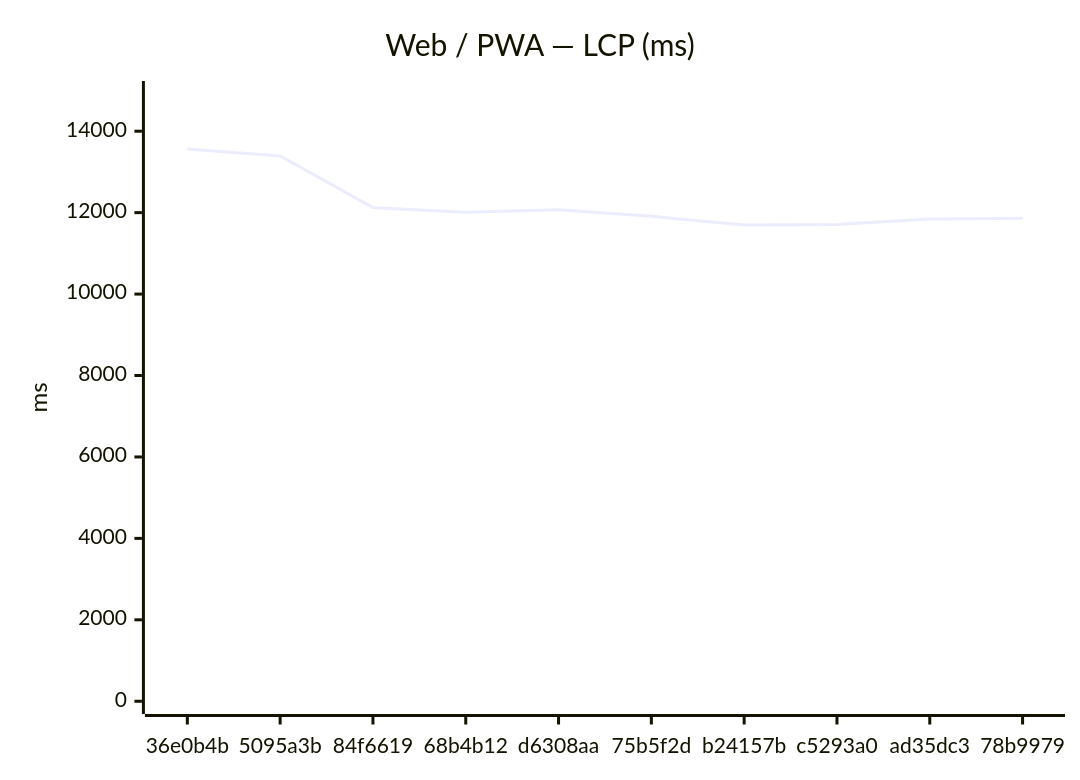
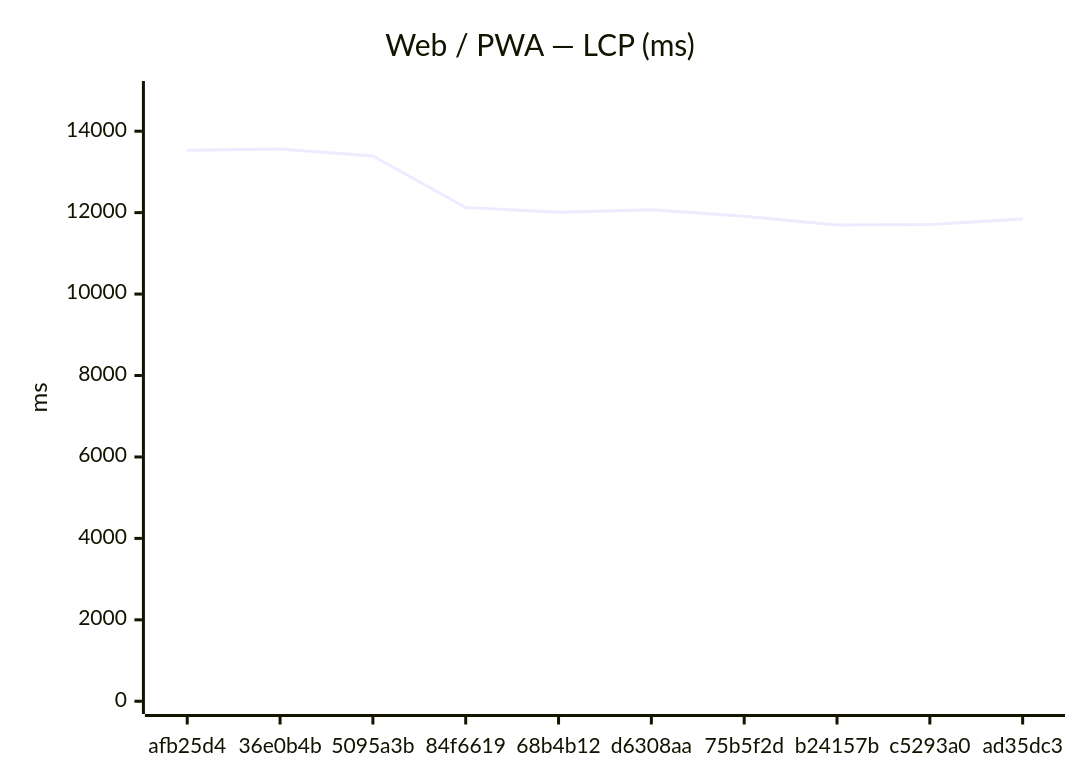
Before and after one commit to Metaheurist/Rianell: the first of 18 diagrams in benchmarks/compare.md, drawn with Mermaid. The commit also changed other lines of this file and 11 other files, not shown here.

````diff
--- a/benchmarks/compare.md
+++ b/benchmarks/compare.md
@@ -24,7 +24,7 @@
 ```mermaid
 xychart-beta
     title "Web / PWA — LCP (ms)"
-    x-axis ["36e0b4b", "5095a3b", "84f6619", "68b4b12", "d6308aa", "75b5f2d", "b24157b", "c5293a0", "ad35dc3", "78b9979"]
+    x-axis ["afb25d4", "36e0b4b", "5095a3b", "84f6619", "68b4b12", "d6308aa", "75b5f2d", "b24157b", "c5293a0", "ad35dc3"]
     y-axis "ms" 0 --> 14920
-    line [13563, 13394, 12124, 12007, 12072, 11911, 11695, 11707, 11844, 11862]
+    line [13531, 13563, 13394, 12124, 12007, 12072, 11911, 11695, 11707, 11844]
 ```
````
